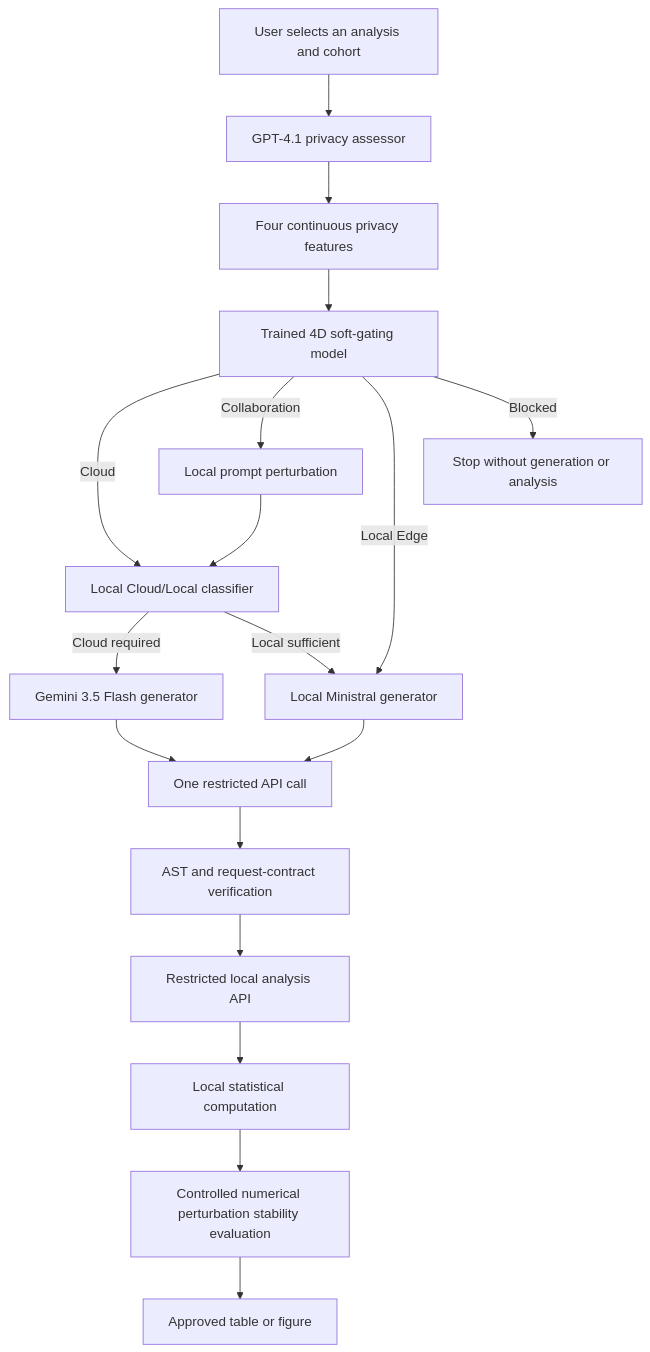
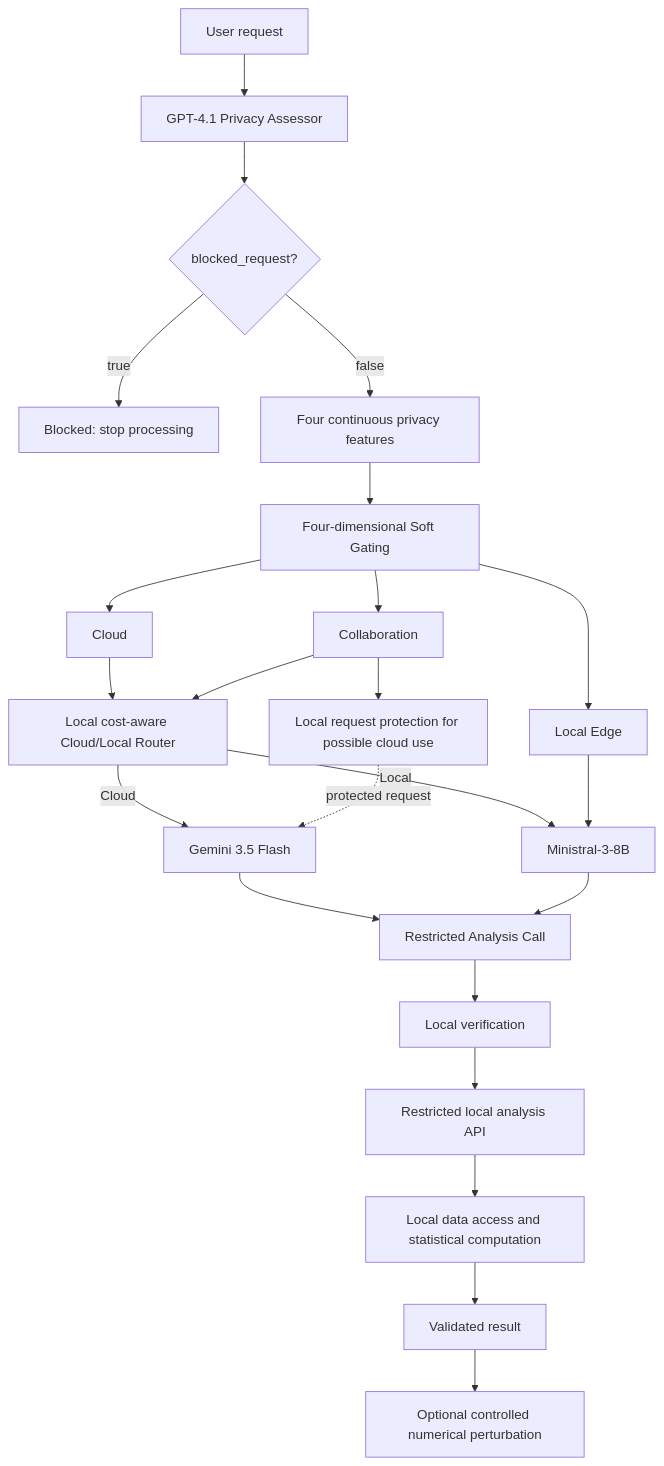
The diagram in README.md (TianleChenn/BachelorThesis_TianleChen), drawn with Mermaid before and after one commit. The commit also changed other lines of this file, not shown here.

````diff
--- a/README.md
+++ b/README.md
@@ -63,22 +13,27 @@
 ```mermaid
 flowchart TD
-    U[User selects an analysis and cohort] --> P[GPT-4.1 privacy assessor]
-    P --> F[Four continuous privacy features]
-    F --> G[Trained 4D soft-gating model]
+    U[User request] --> A[GPT-4.1 Privacy Assessor]
+    A --> B{blocked_request?}
+    B -->|true| STOP[Blocked: stop processing]
+    B -->|false| F[Four continuous privacy features]
+    F --> G[Four-dimensional Soft Gating]
+    G --> C[Cloud]
+    G --> K[Collaboration]
+    G --> L[Local Edge]
 
-    G -->|Cloud| R[Local Cloud/Local classifier]
-    G -->|Collaboration| LDP[Local prompt perturbation]
-    LDP --> R
-    G -->|Local Edge| LM[Local Ministral generator]
-    G -->|Blocked| STOP[Stop without generation or analysis]
+    C --> R[Local cost-aware Cloud/Local Router]
+    K --> R
+    K --> P[Local request protection for possible cloud use]
+    R -->|Cloud| CG[Gemini 3.5 Flash]
+    R -->|Local| LG[Ministral-3-8B]
+    P -. protected request .-> CG
+    L --> LG
 
-    R -->|Cloud required| GM[Gemini 3.5 Flash generator]
-    R -->|Local sufficient| LM
-    GM --> C[One restricted API call]
-    LM --> C
-    C --> V[AST and request-contract verification]
+    CG --> CALL[Restricted Analysis Call]
+    LG --> CALL
+    CALL --> V[Local verification]
     V --> API[Restricted local analysis API]
-    API --> S[Local statistical computation]
-    S --> N[Controlled numerical perturbation stability evaluation]
-    N --> UI[Approved table or figure]
+    API --> DATA[Local data access and statistical computation]
+    DATA --> OUT[Validated result]
+    OUT --> N[Optional controlled numerical perturbation]
 ```
````
